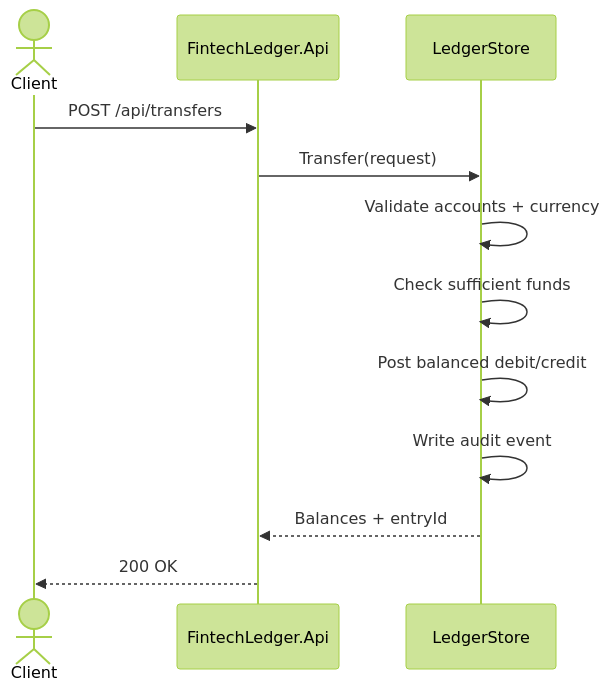
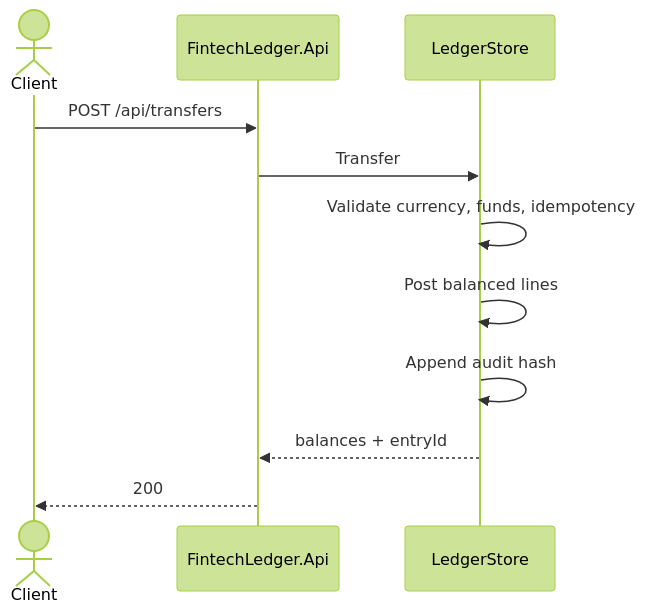
The third of 4 diagrams in README.md (Dedmoo/FintechLedgerApi), drawn with Mermaid (forest theme) before and after one commit. The commit also changed other lines of this file and 8 other files, not shown here.

````diff
--- a/README.md
+++ b/README.md
@@ -21,14 +42,13 @@
 ```mermaid
 sequenceDiagram
     actor Client
     participant API as FintechLedger.Api
     participant Store as LedgerStore
     Client->>API: POST /api/transfers
-    API->>Store: Transfer(request)
-    Store->>Store: Validate accounts + currency
-    Store->>Store: Check sufficient funds
-    Store->>Store: Post balanced debit/credit
-    Store->>Store: Write audit event
-    Store-->>API: Balances + entryId
-    API-->>Client: 200 OK
+    API->>Store: Transfer
+    Store->>Store: Validate currency, funds, idempotency
+    Store->>Store: Post balanced lines
+    Store->>Store: Append audit hash
+    Store-->>API: balances + entryId
+    API-->>Client: 200
 ```
````
